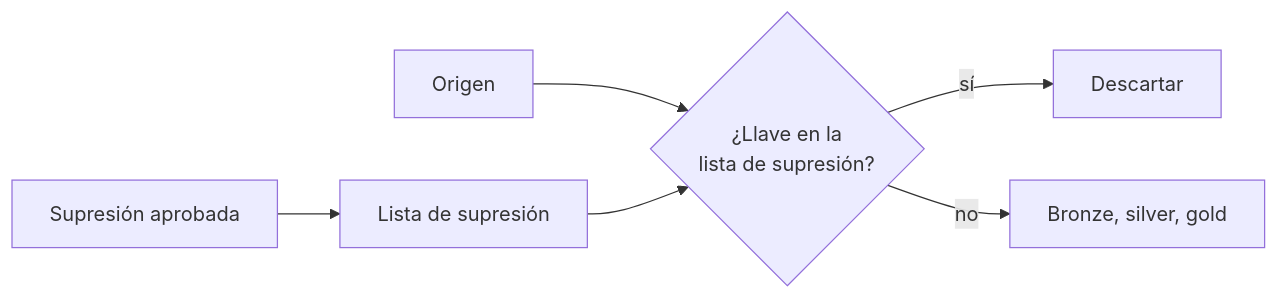
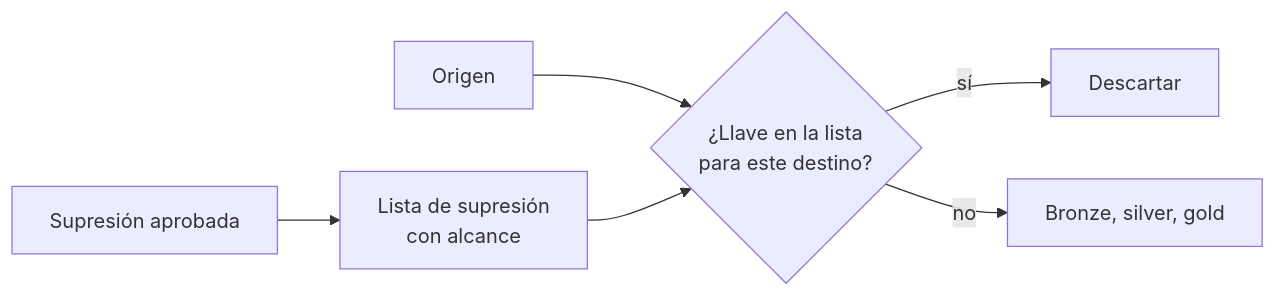
The first of 2 diagrams in content/concepts/retention-and-erasure.md (fcp4891/de-knowledge-hub), drawn with Mermaid before and after one commit. The commit also changed other lines of this file and 1 other file, not shown here.

````diff
--- a/content/concepts/retention-and-erasure.md
+++ b/content/concepts/retention-and-erasure.md
@@ -156,8 +180,8 @@
 ```mermaid
 flowchart LR
-  O["Origen"] --> I{"¿Llave en la<br/>lista de supresión?"}
+  O["Origen"] --> I{"¿Llave en la lista<br/>para este destino?"}
   I -- "sí" --> D["Descartar"]
   I -- "no" --> P["Bronze, silver, gold"]
-  R["Supresión aprobada"] --> L["Lista de supresión"]
+  R["Supresión aprobada"] --> L["Lista de supresión<br/>con alcance"]
   L --> I
 ```
````
